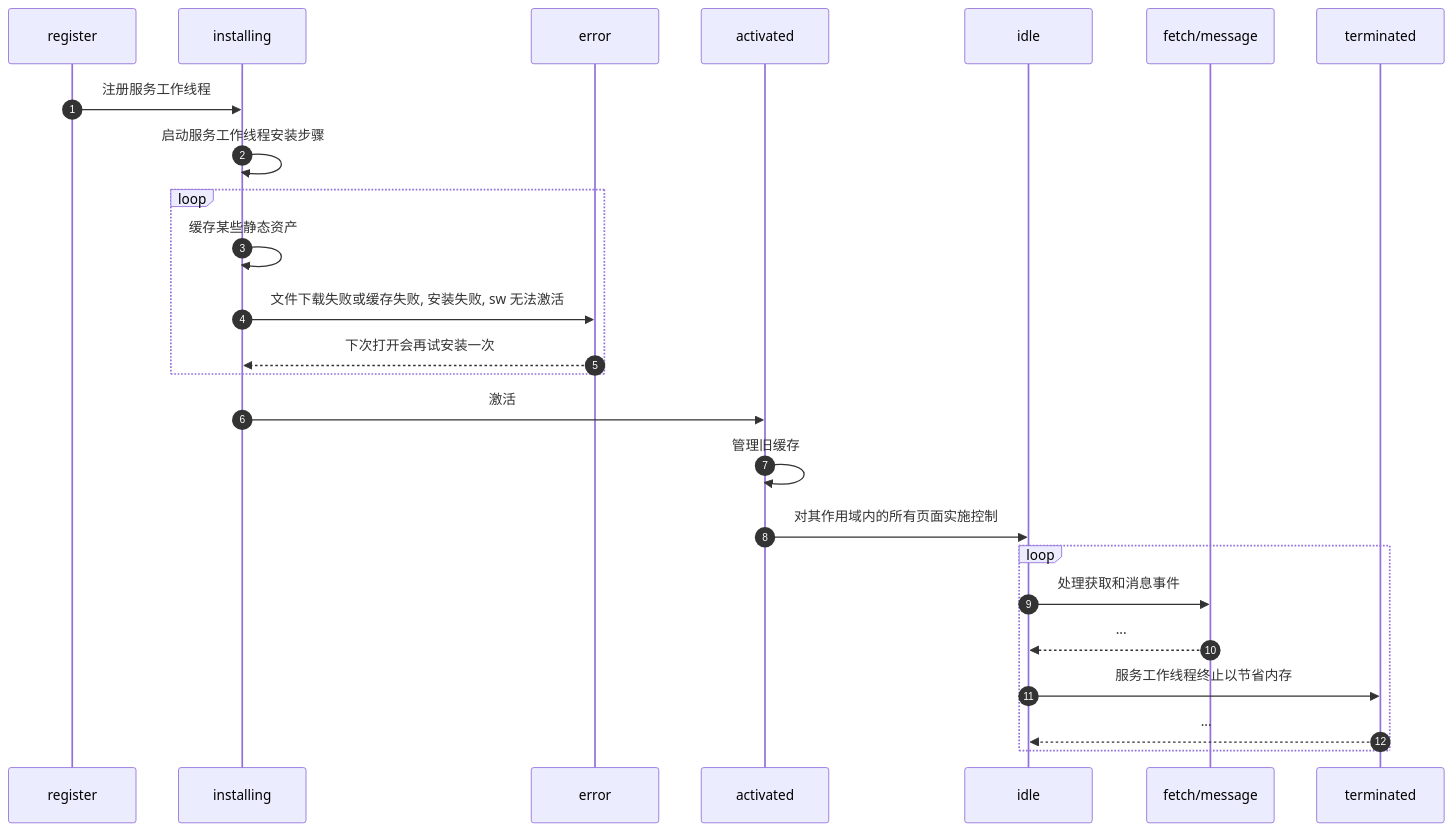
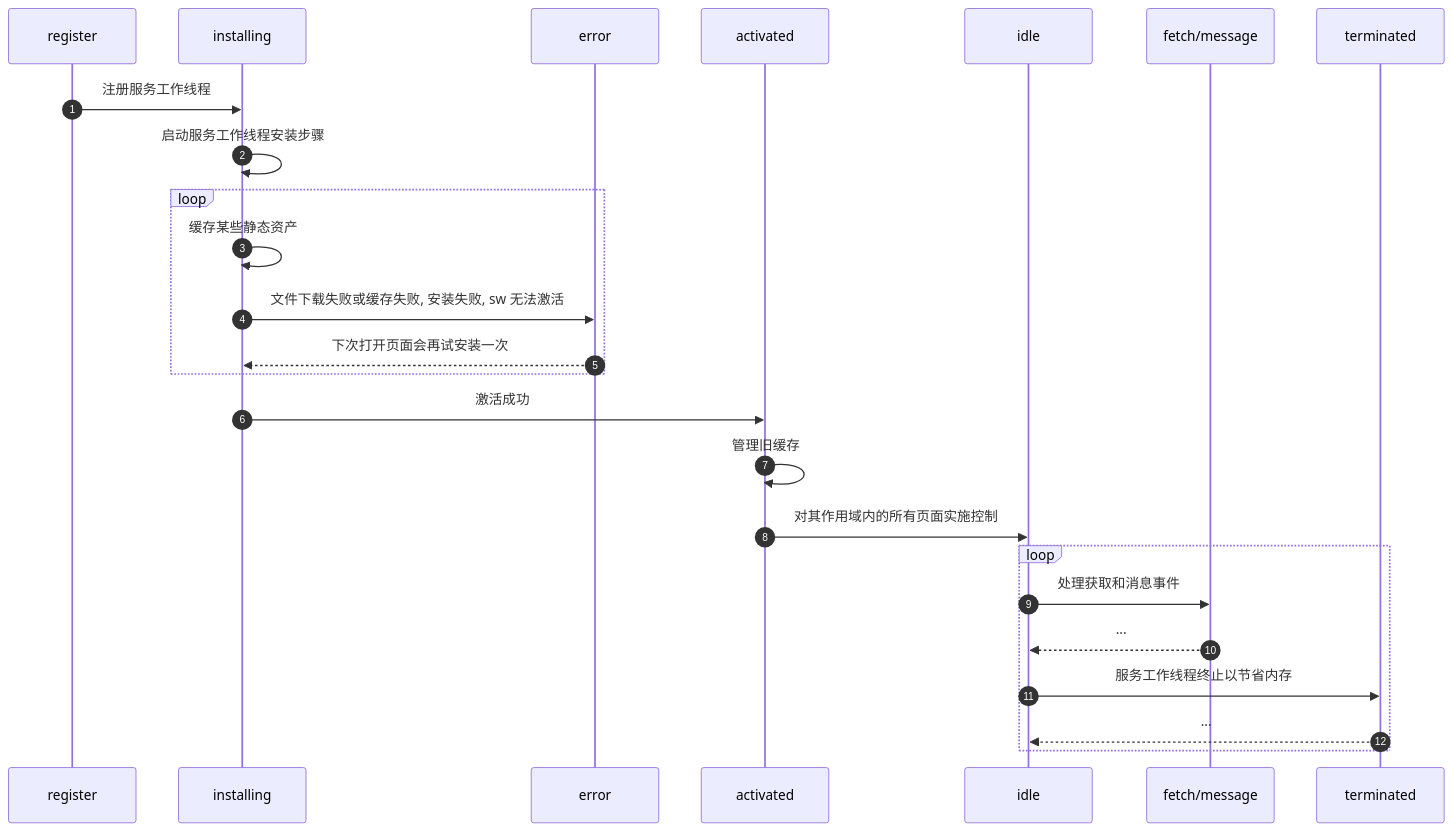
One commit to Tony-Liuduan/service-worker changed the first of 4 diagrams in README.md. Above: the diagram before and after it, drawn with Mermaid. The commit also changed other lines of this file and 7 other files, not shown here.

````diff
--- a/README.md
+++ b/README.md
@@ -31,20 +51,20 @@
 ```mermaid
 sequenceDiagram
     autonumber;
     register ->> installing: 注册服务工作线程
     installing ->> installing: 启动服务工作线程安装步骤
     loop
     installing ->> installing: 缓存某些静态资产
     installing ->> error: 文件下载失败或缓存失败, 安装失败, sw 无法激活
-    error -->> installing: 下次打开会再试安装一次
+    error -->> installing: 下次打开页面会再试安装一次
     end
-    installing ->> activated: 激活
+    installing ->> activated: 激活成功
     activated ->> activated: 管理旧缓存
     activated ->> idle: 对其作用域内的所有页面实施控制
     loop
     idle ->> fetch/message: 处理获取和消息事件
     fetch/message -->> idle: ...
     idle ->> terminated: 服务工作线程终止以节省内存
     terminated -->> idle: ...
     end
 ```
````
